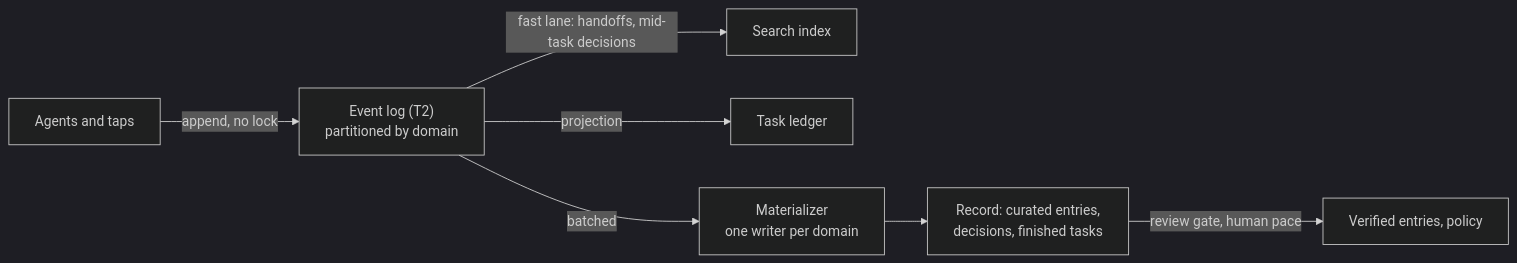
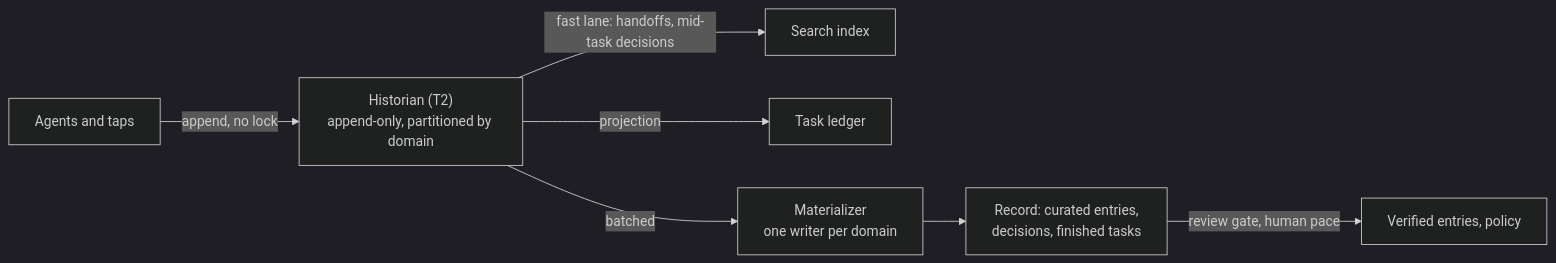
The second of 6 diagrams in docs/durable-memory-for-disposable-agents.md (apache/tooling-memory), drawn with Mermaid (dark theme) before and after one commit. The commit also changed other lines of this file, not shown here.

First line of the commit message:
Memory paper: the historian keeps lineage; no walls of text

````diff
--- a/docs/durable-memory-for-disposable-agents.md
+++ b/docs/durable-memory-for-disposable-agents.md
@@ -175,9 +188,9 @@
 ```mermaid
 flowchart LR
-    A1["Agents and taps"] -->|append, no lock| LOG["Event log (T2)<br/>partitioned by domain"]
+    A1["Agents and taps"] -->|append, no lock| LOG["Historian (T2)<br/>append-only, partitioned by domain"]
     LOG -->|"fast lane: handoffs, mid-task decisions"| IX["Search index"]
     LOG -->|projection| BRD["Task ledger"]
     LOG -->|batched| MAT["Materializer<br/>one writer per domain"]
     MAT --> REC["Record: curated entries,<br/>decisions, finished tasks"]
     REC -->|review gate, human pace| VER["Verified entries, policy"]
 ```
````
